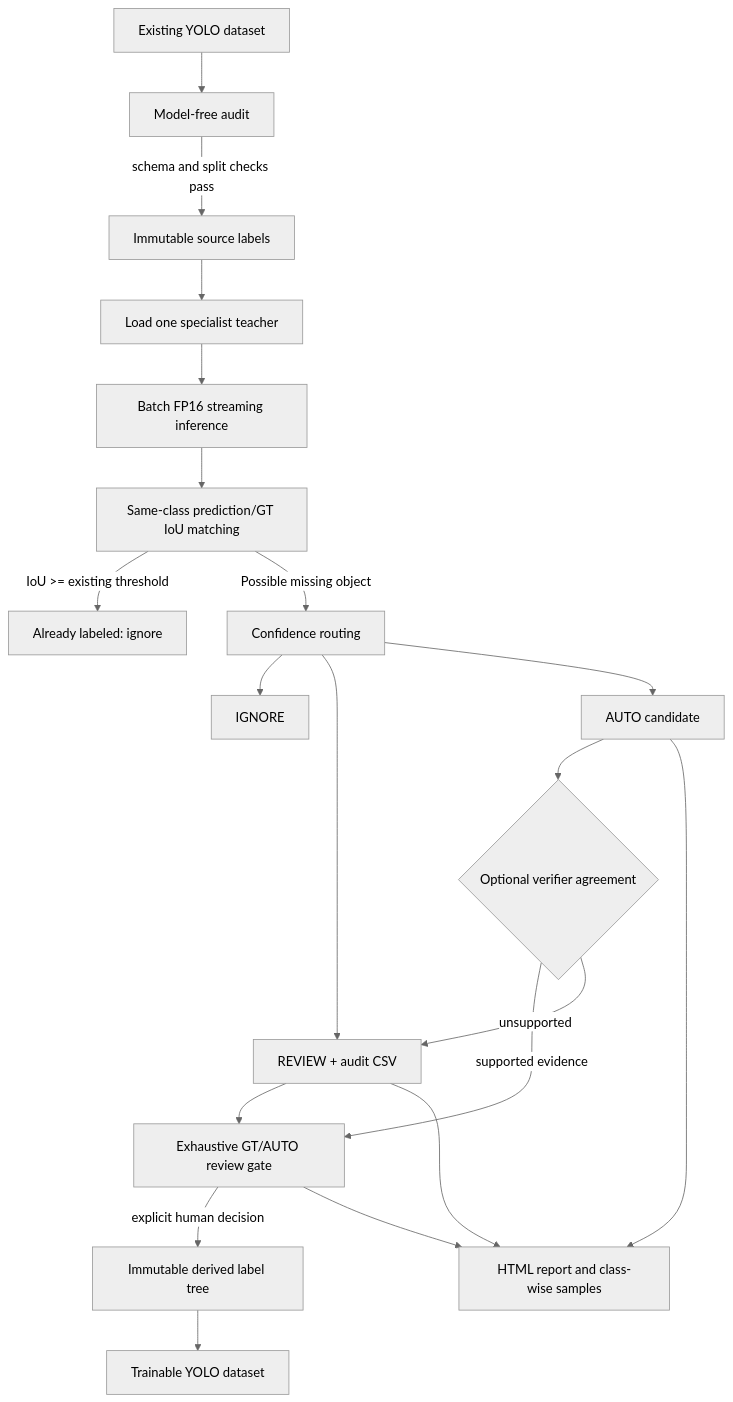
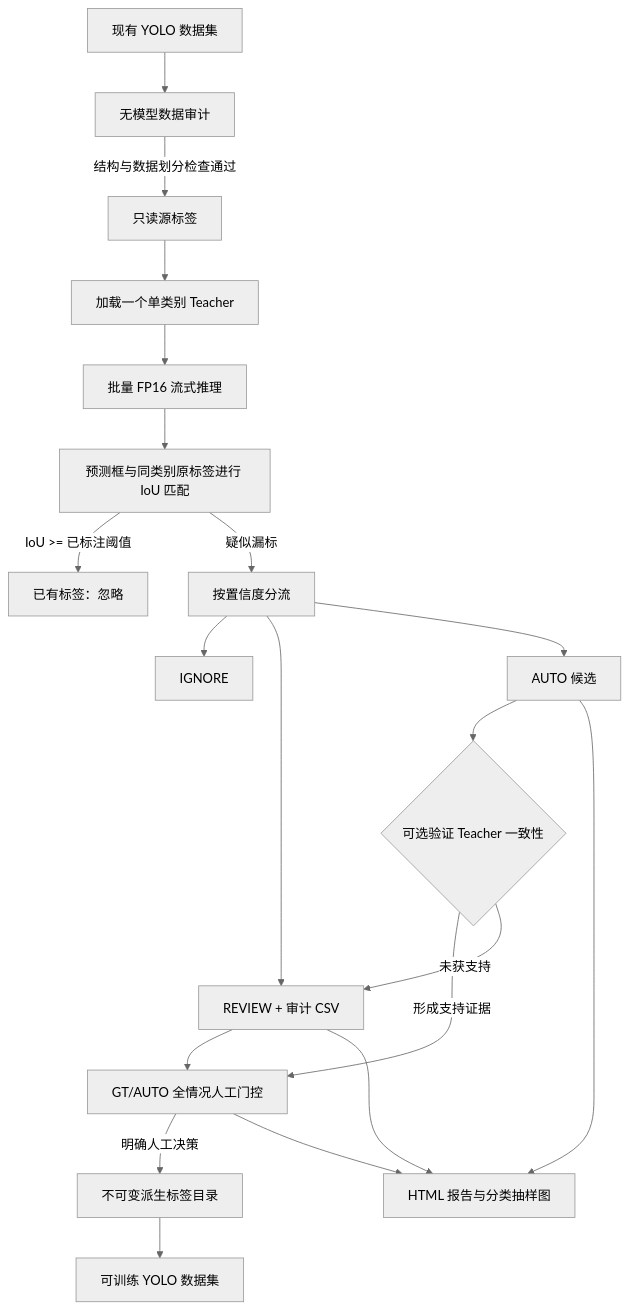
Before and after one commit to jiapengLi11/yolo-label-recovery: the third of 3 diagrams in README.md, drawn with Mermaid (neutral theme). The commit also changed other lines of this file and 20 other files, not shown here.

````diff
--- a/README.md
+++ b/README.md
@@ -126,22 +154,22 @@
 ```mermaid
 flowchart TD
-    A["Existing YOLO dataset"] --> Q["Model-free audit"]
-    Q -->|"schema and split checks pass"| B["Immutable source labels"]
-    B --> C["Load one specialist teacher"]
-    C --> D["Batch FP16 streaming inference"]
-    D --> E["Same-class prediction/GT IoU matching"]
-    E -->|"IoU >= existing threshold"| F["Already labeled: ignore"]
-    E -->|"Possible missing object"| G["Confidence routing"]
+    A["现有 YOLO 数据集"] --> Q["无模型数据审计"]
+    Q -->|"结构与数据划分检查通过"| B["只读源标签"]
+    B --> C["加载一个单类别 Teacher"]
+    C --> D["批量 FP16 流式推理"]
+    D --> E["预测框与同类别原标签进行 IoU 匹配"]
+    E -->|"IoU >= 已标注阈值"| F["已有标签：忽略"]
+    E -->|"疑似漏标"| G["按置信度分流"]
     G --> H["IGNORE"]
-    G --> I["REVIEW + audit CSV"]
-    G --> J["AUTO candidate"]
-    J --> M{"Optional verifier agreement"}
-    M -->|"supported evidence"| R["Exhaustive GT/AUTO review gate"]
-    M -->|"unsupported"| I
+    G --> I["REVIEW + 审计 CSV"]
+    G --> J["AUTO 候选"]
+    J --> M{"可选验证 Teacher 一致性"}
+    M -->|"形成支持证据"| R["GT/AUTO 全情况人工门控"]
+    M -->|"未获支持"| I
     I --> R
-    R -->|"explicit human decision"| K["Immutable derived label tree"]
-    K --> N["Trainable YOLO dataset"]
-    I --> L["HTML report and class-wise samples"]
+    R -->|"明确人工决策"| K["不可变派生标签目录"]
+    K --> N["可训练 YOLO 数据集"]
+    I --> L["HTML 报告与分类抽样图"]
     J --> L
     R --> L
 ```
````
